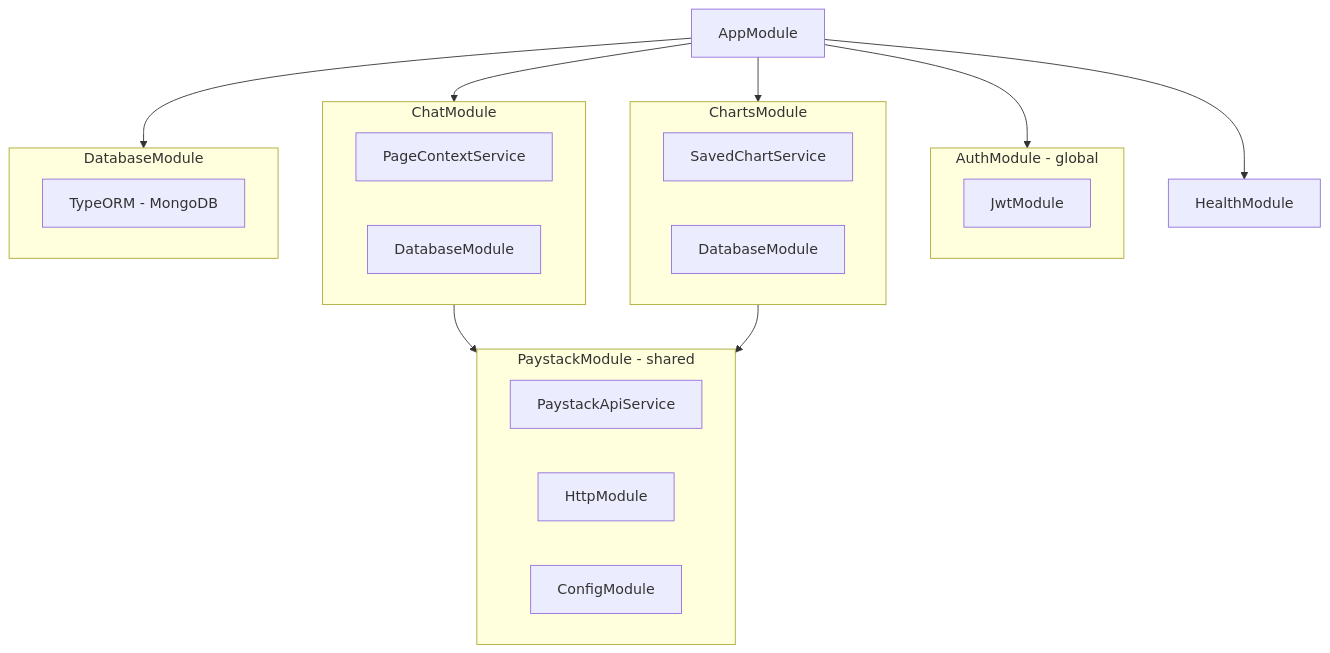
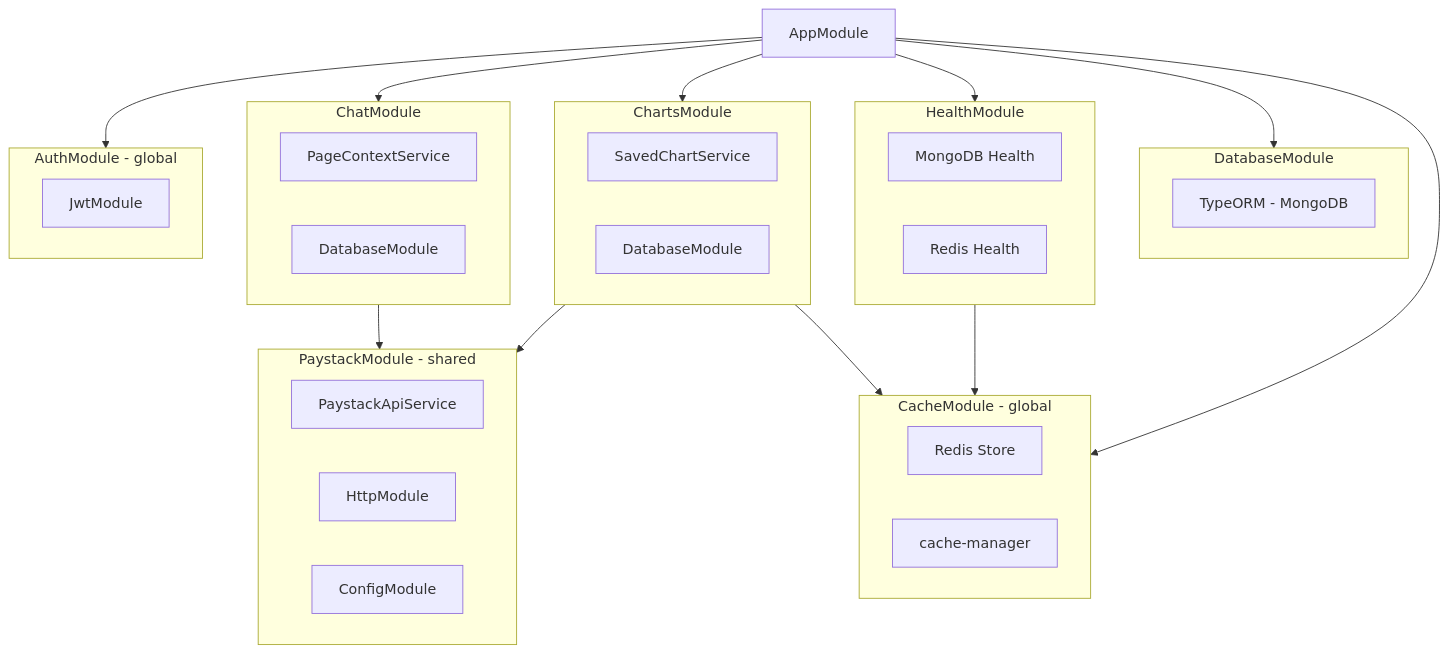
The second of 2 diagrams in docs/architecture.md (alex-paystack/command-centre-api), drawn with Mermaid before and after one commit. The commit also changed other lines of this file and 17 other files, not shown here.

Commit message:
feat: init chart caching

````diff
--- a/docs/architecture.md
+++ b/docs/architecture.md
@@ -281,36 +302,50 @@
 ```mermaid
 flowchart TD
     AppModule --> AuthModule
     AppModule --> ChatModule
     AppModule --> ChartsModule
     AppModule --> HealthModule
     AppModule --> DatabaseModule
+    AppModule --> CacheModule
 
     subgraph AuthModule[AuthModule - global]
         JwtModule[JwtModule]
     end
 
     subgraph ChatModule[ChatModule]
         PageContextService[PageContextService]
         ChatDB[DatabaseModule]
     end
 
     ChatModule --> PaystackModule
 
     subgraph ChartsModule[ChartsModule]
         SavedChartService[SavedChartService]
         ChartsDB[DatabaseModule]
     end
 
     ChartsModule --> PaystackModule
+    ChartsModule --> CacheModule
 
     subgraph PaystackModule[PaystackModule - shared]
         PaystackApiService[PaystackApiService]
         HttpModule[HttpModule]
         ConfigModule[ConfigModule]
     end
 
     subgraph DatabaseModule[DatabaseModule]
         TypeORM[TypeORM - MongoDB]
     end
+
+    subgraph CacheModule[CacheModule - global]
+        Redis[Redis Store]
+        CacheManager[cache-manager]
+    end
+
+    subgraph HealthModule[HealthModule]
+        MongoHealth[MongoDB Health]
+        RedisHealth[Redis Health]
+    end
+
+    HealthModule --> CacheModule
 ```
````
